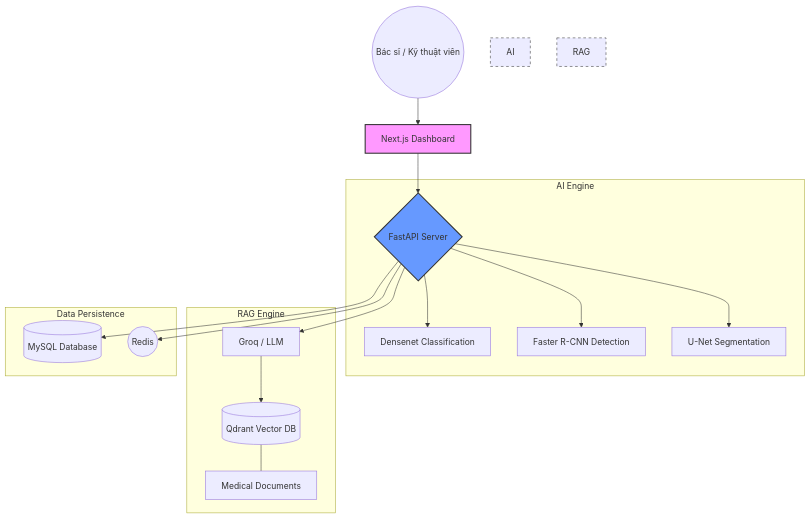
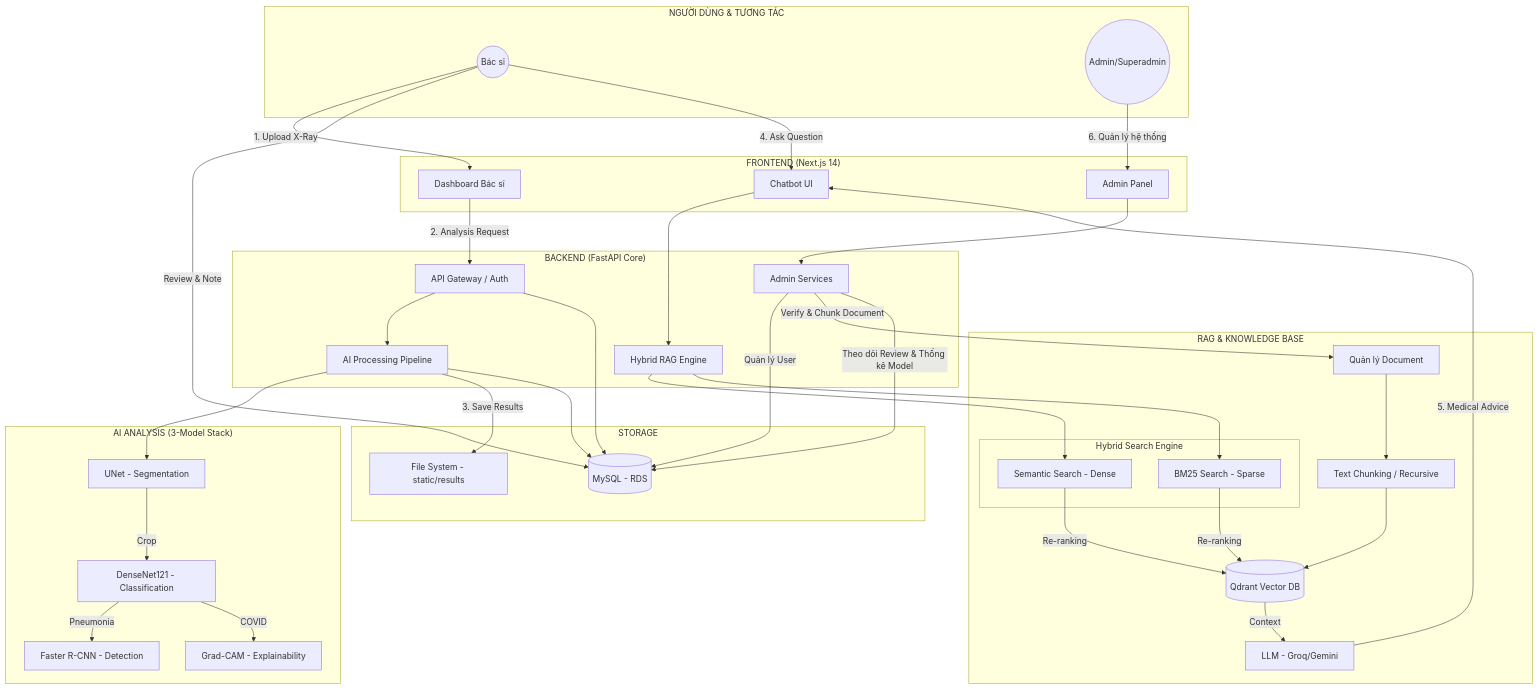
The first of 2 diagrams in README.md (nguyenviethung2004/prj-lung-disease-xray), drawn with Mermaid before and after one commit. The commit also changed other lines of this file, not shown here.

````diff
--- a/README.md
+++ b/README.md
@@ -9,27 +14,72 @@
 ```mermaid
-graph TD
-    User((Bác sĩ / Kỹ thuật viên)) --> Frontend[Next.js Dashboard]
-    Frontend --> Backend{FastAPI Server}
-    
-    subgraph "AI Engine"
-        Backend --> Classification[Densenet Classification]
-        Backend --> Detection[Faster R-CNN Detection]
-        Backend --> Segmentation[U-Net Segmentation]
+graph TB
+    subgraph "NGƯỜI DÙNG & TƯƠNG TÁC"
+        DOC((Bác sĩ))
+        ADM((Admin/Superadmin))
     end
 
-    subgraph "RAG Engine"
-        Backend --> LLM[Groq / LLM]
-        LLM --> VectorDB[(Qdrant Vector DB)]
-        VectorDB --- Docs[Medical Documents]
+    subgraph "FRONTEND (Next.js 14)"
+        UI_D[Dashboard Bác sĩ]
+        UI_A[Admin Panel]
+        CHAT[Chatbot UI]
     end
 
-    subgraph "Data Persistence"
-        Backend --> MySQL[(MySQL Database)]
-        Backend --> Redis((Redis))
+    subgraph "BACKEND (FastAPI Core)"
+        API[API Gateway / Auth]
+        PIPE[AI Processing Pipeline]
+        RAG_E[Hybrid RAG Engine]
+        ADM_S[Admin Services]
     end
+
+    subgraph "AI ANALYSIS (3-Model Stack)"
+        M1[UNet - Segmentation]
+        M2[DenseNet121 - Classification]
+        M3[Faster R-CNN - Detection]
+        M4[Grad-CAM - Explainability]
+    end
+
+    subgraph "RAG & KNOWLEDGE BASE"
+        DOC_M[Quản lý Document]
+        CHUNK[Text Chunking / Recursive]
+        subgraph "Hybrid Search Engine"
+            SEM[Semantic Search - Dense]
+            BM25[BM25 Search - Sparse]
+        end
+        VEC[(Qdrant Vector DB)]
+        LLM[LLM - Groq/Gemini]
+    end
+
+    subgraph "STORAGE"
+        DB[(MySQL - RDS)]
+        FS[File System - static/results]
+    end
+
+    %% Luồng Bác sĩ
+    DOC -->|1. Upload X-Ray| UI_D
+    UI_D -->|2. Analysis Request| API
+    API --> PIPE
+    PIPE --> M1 -->|Crop| M2 -->|Pneumonia| M3
+    M2 -->|COVID| M4
+    PIPE -->|3. Save Results| FS
+    DOC -->|Review & Note| DB
     
-    style Frontend fill:#f9f,stroke:#333,stroke-width:2px
-    style Backend fill:#69f,stroke:#333,stroke-width:2px
-    style AI Engine fill:#dfd,stroke:#333,stroke-dasharray: 5 5
-    style RAG Engine fill:#ffd,stroke:#333,stroke-dasharray: 5 5
+    %% Luồng Chatbot & RAG
+    DOC -->|4. Ask Question| CHAT
+    CHAT --> RAG_E
+    RAG_E --> SEM & BM25
+    SEM & BM25 -->|Re-ranking| VEC
+    VEC -->|Context| LLM
+    LLM -->|5. Medical Advice| CHAT
+
+    %% Luồng Admin
+    ADM -->|6. Quản lý hệ thống| UI_A
+    UI_A --> ADM_S
+    ADM_S -->|Quản lý User| DB
+    ADM_S -->|Verify & Chunk Document| DOC_M
+    DOC_M --> CHUNK --> VEC
+    ADM_S -->|Theo dõi Review & Thống kê Model| DB
+
+    %% Kết nối chung
+    API --> DB
+    PIPE --> DB
 ```
````
